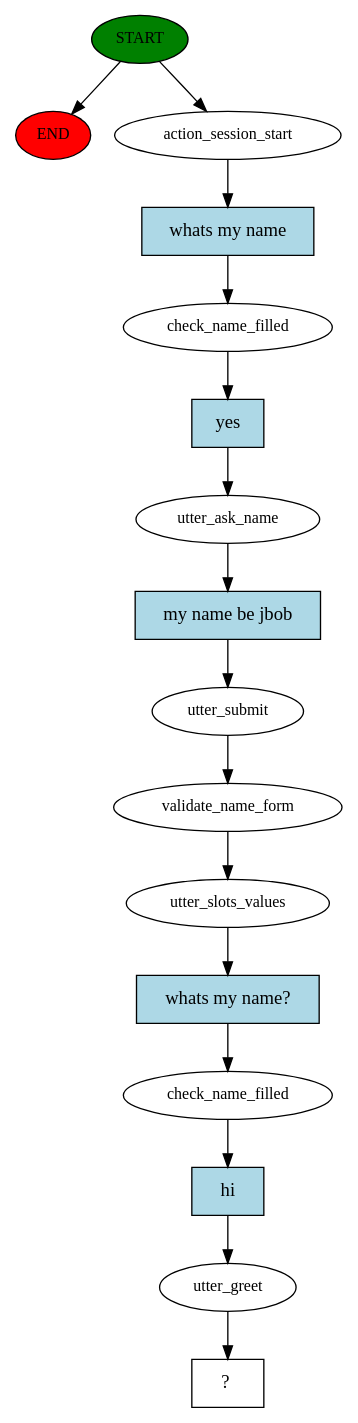
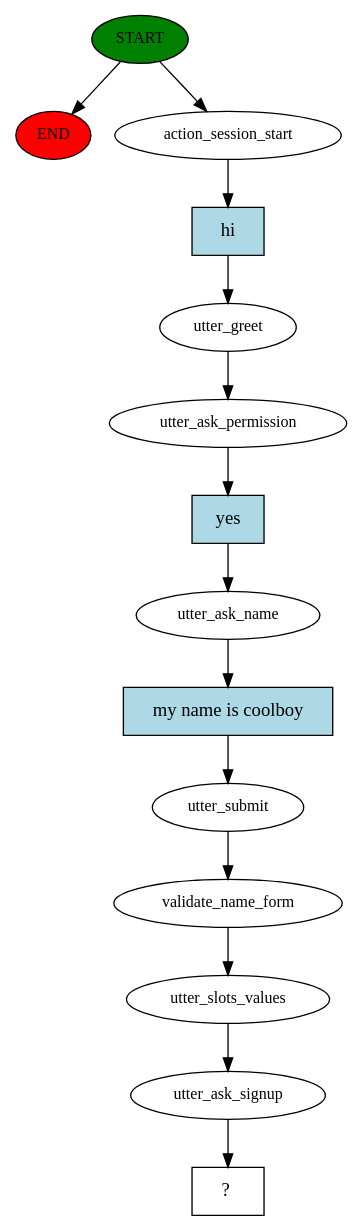
One commit to bg5fxp-JF/rasa_project_OIbot changed the diagram in story_graph.dot. Above: the diagram before and after it, drawn with Graphviz. The commit also changed 6 other files, not shown here.

Commit message:
Improved flow

```diff
--- a/story_graph.dot
+++ b/story_graph.dot
@@ -1,33 +1,29 @@
 digraph  {
 0 [class="start active", fillcolor=green, fontsize=12, label=START, style=filled];
 "-1" [class=end, fillcolor=red, fontsize=12, label=END, style=filled];
 1 [class=active, fontsize=12, label=action_session_start];
-2 [class=active, fontsize=12, label=check_name_filled];
-3 [class=active, fontsize=12, label=utter_ask_name];
-4 [class=active, fontsize=12, label=utter_submit];
-5 [class=active, fontsize=12, label=validate_name_form];
-6 [class=active, fontsize=12, label=utter_slots_values];
-7 [class=active, fontsize=12, label=check_name_filled];
-8 [class=active, fontsize=12, label=utter_greet];
+2 [class=active, fontsize=12, label=utter_greet];
+3 [class=active, fontsize=12, label=utter_ask_permission];
+4 [class=active, fontsize=12, label=utter_ask_name];
+5 [class=active, fontsize=12, label=utter_submit];
+6 [class=active, fontsize=12, label=validate_name_form];
+7 [class=active, fontsize=12, label=utter_slots_values];
+8 [class=active, fontsize=12, label=utter_ask_signup];
 9 [class="intent dashed active", label="  ?  ", shape=rect];
-10 [class="intent active", fillcolor=lightblue, label="whats my name", shape=rect, style=filled];
+10 [class="intent active", fillcolor=lightblue, label=hi, shape=rect, style=filled];
 11 [class="intent active", fillcolor=lightblue, label=yes, shape=rect, style=filled];
-12 [class="intent active", fillcolor=lightblue, label="my name be jbob", shape=rect, style=filled];
-13 [class="intent active", fillcolor=lightblue, label="whats my name?", shape=rect, style=filled];
-14 [class="intent active", fillcolor=lightblue, label=hi, shape=rect, style=filled];
+12 [class="intent active", fillcolor=lightblue, label="my name is coolboy", shape=rect, style=filled];
 0 -> "-1"  [class="", key=NONE, label=""];
 0 -> 1  [class=active, key=NONE, label=""];
 1 -> 10  [class=active, key=0];
-2 -> 11  [class=active, key=0];
-3 -> 12  [class=active, key=0];
-4 -> 5  [class=active, key=NONE, label=""];
+2 -> 3  [class=active, key=NONE, label=""];
+3 -> 11  [class=active, key=0];
+4 -> 12  [class=active, key=0];
 5 -> 6  [class=active, key=NONE, label=""];
-6 -> 13  [class=active, key=0];
-7 -> 14  [class=active, key=0];
+6 -> 7  [class=active, key=NONE, label=""];
+7 -> 8  [class=active, key=NONE, label=""];
 8 -> 9  [class=active, key=NONE, label=""];
 10 -> 2  [class=active, key=0];
-11 -> 3  [class=active, key=0];
-12 -> 4  [class=active, key=0];
-13 -> 7  [class=active, key=0];
-14 -> 8  [class=active, key=0];
+11 -> 4  [class=active, key=0];
+12 -> 5  [class=active, key=0];
 }
```
